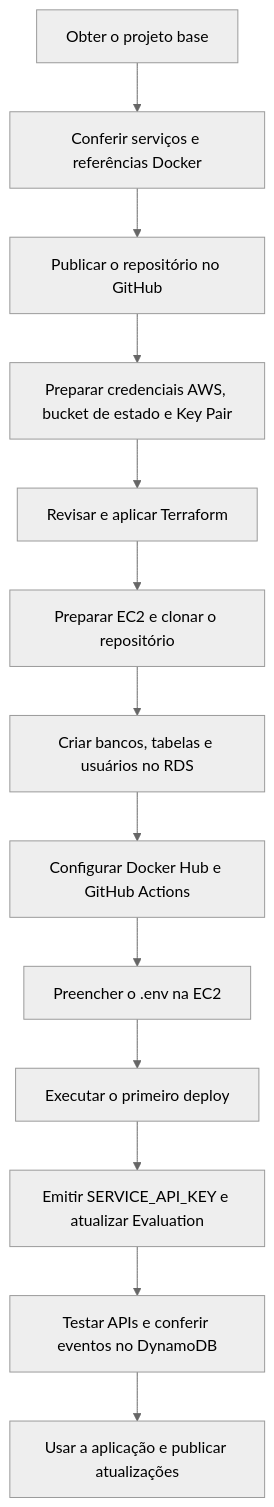
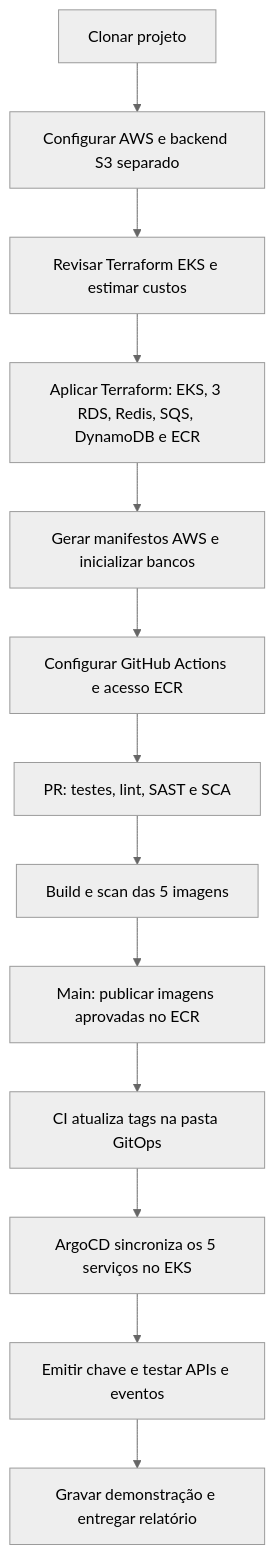
The diagram in README.md (lucas-braga-dev/fiap_tc_fase_03), drawn with Mermaid (neutral theme) before and after one commit. The commit also changed other lines of this file and 63 other files, not shown here.

````diff
--- a/README.md
+++ b/README.md
@@ -5,15 +5,15 @@
 ```mermaid
 flowchart TD
-    A[Obter o projeto base] --> B[Conferir serviços e referências Docker]
-    B --> C[Publicar o repositório no GitHub]
-    C --> D[Preparar credenciais AWS, bucket de estado e Key Pair]
-    D --> E[Revisar e aplicar Terraform]
-    E --> F[Preparar EC2 e clonar o repositório]
-    F --> G[Criar bancos, tabelas e usuários no RDS]
-    G --> H[Configurar Docker Hub e GitHub Actions]
-    H --> I[Preencher o .env na EC2]
-    I --> J[Executar o primeiro deploy]
-    J --> K[Emitir SERVICE_API_KEY e atualizar Evaluation]
-    K --> L[Testar APIs e conferir eventos no DynamoDB]
-    L --> M[Usar a aplicação e publicar atualizações]
+    A[Clonar projeto] --> B[Configurar AWS e backend S3 separado]
+    B --> C[Revisar Terraform EKS e estimar custos]
+    C --> D[Aplicar Terraform: EKS, 3 RDS, Redis, SQS, DynamoDB e ECR]
+    D --> E[Gerar manifestos AWS e inicializar bancos]
+    E --> F[Configurar GitHub Actions e acesso ECR]
+    F --> G[PR: testes, lint, SAST e SCA]
+    G --> H[Build e scan das 5 imagens]
+    H --> I[Main: publicar imagens aprovadas no ECR]
+    I --> J[CI atualiza tags na pasta GitOps]
+    J --> K[ArgoCD sincroniza os 5 serviços no EKS]
+    K --> L[Emitir chave e testar APIs e eventos]
+    L --> M[Gravar demonstração e entregar relatório]
 ```
````
